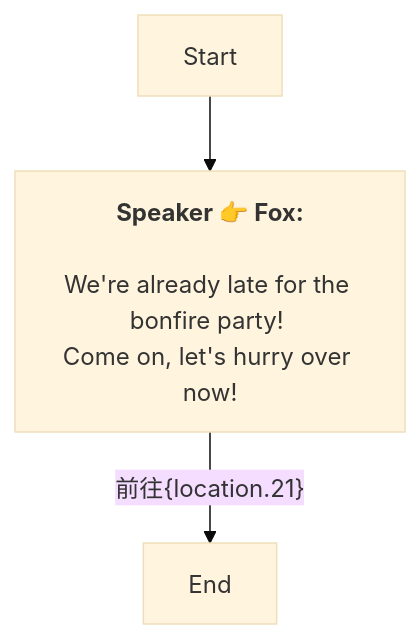
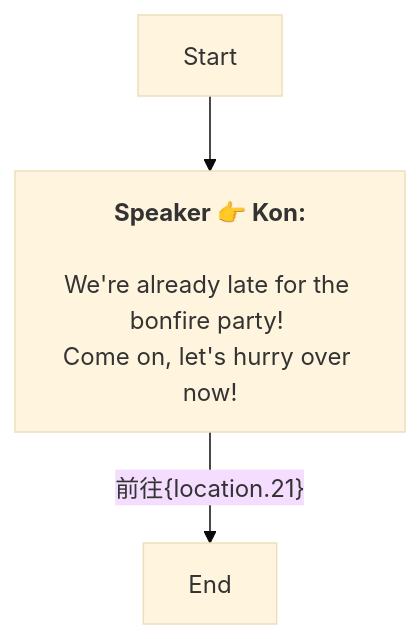
The diagram in Zh/QuestStartTalkENode_1741807069284794.md (SoftHu/tos_avg), drawn with Mermaid (base theme) before and after one commit. The commit also changed 730 other files, not shown here.

````diff
--- a/Zh/QuestStartTalkENode_1741807069284794.md
+++ b/Zh/QuestStartTalkENode_1741807069284794.md
@@ -1,8 +1,8 @@
 ```mermaid
 graph
-Start -->1741807087283645[<b>Speaker 👉 Fox:</b>
+Start -->1741807087283645[<b>Speaker 👉 Kon:</b>
 \nWe're already late for the bonfire party! 
 Come on, let's hurry over now!]
 1741807087283645 -->|前往&lbrace;location.21&rbrace;|1741807120502209[End]
 
 ```
````
